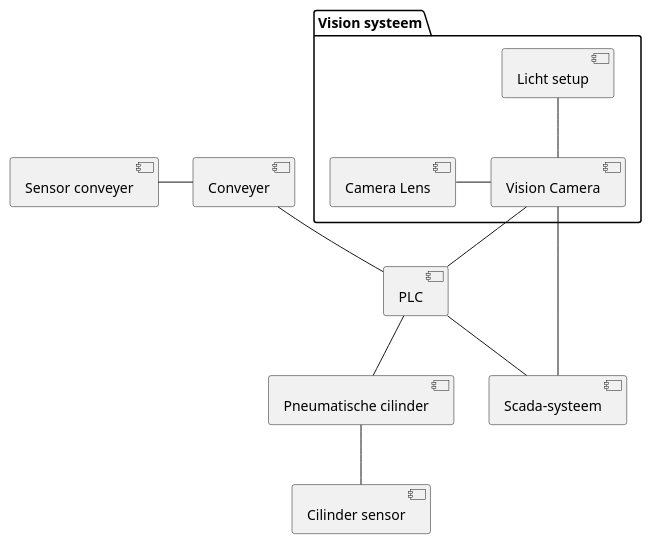
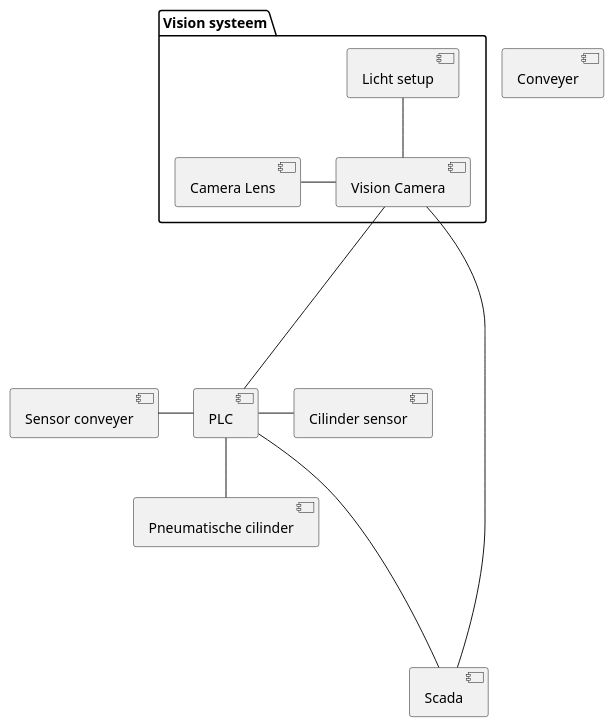
The diagram in src/ComponentDiagram.md (QuintenWeerkamp/InlineQualityControl), drawn with PlantUML before and after one commit. The commit also changed 2 other files, not shown here.

Commit message:
Add Changes

````diff
--- a/src/ComponentDiagram.md
+++ b/src/ComponentDiagram.md
@@ -2,15 +2,15 @@
 ```plantuml
 @startuml
 package "Vision systeem"{
 [Camera Lens] - [Vision Camera]
 [Licht setup] -- [Vision Camera]
 }
-[Vision Camera] -- [PLC]
+[Vision Camera] ---- [PLC]
 [PLC] -- [Pneumatische cilinder]
-[Vision Camera] -- [Scada-systeem]
-[PLC] -- [Scada-systeem]
-[Pneumatische cilinder] -- [Cilinder sensor] 
-[Conveyer] -- [PLC]
-[Sensor conveyer] - [Conveyer]
+[Vision Camera] -- [Scada]
+[PLC] ---- [Scada]
+[PLC] - [Cilinder sensor] 
+[Conveyer]
+[Sensor conveyer] - [PLC]
 @enduml
 ```
````
